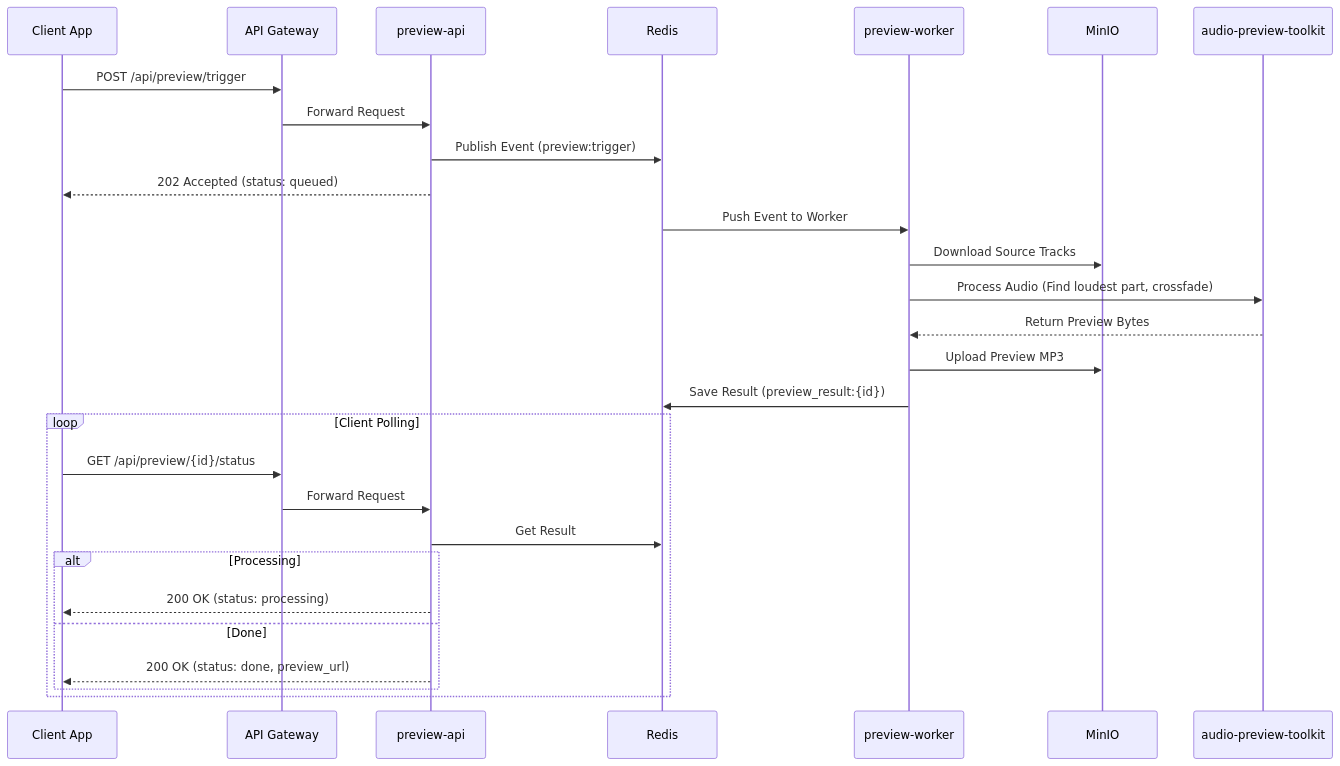
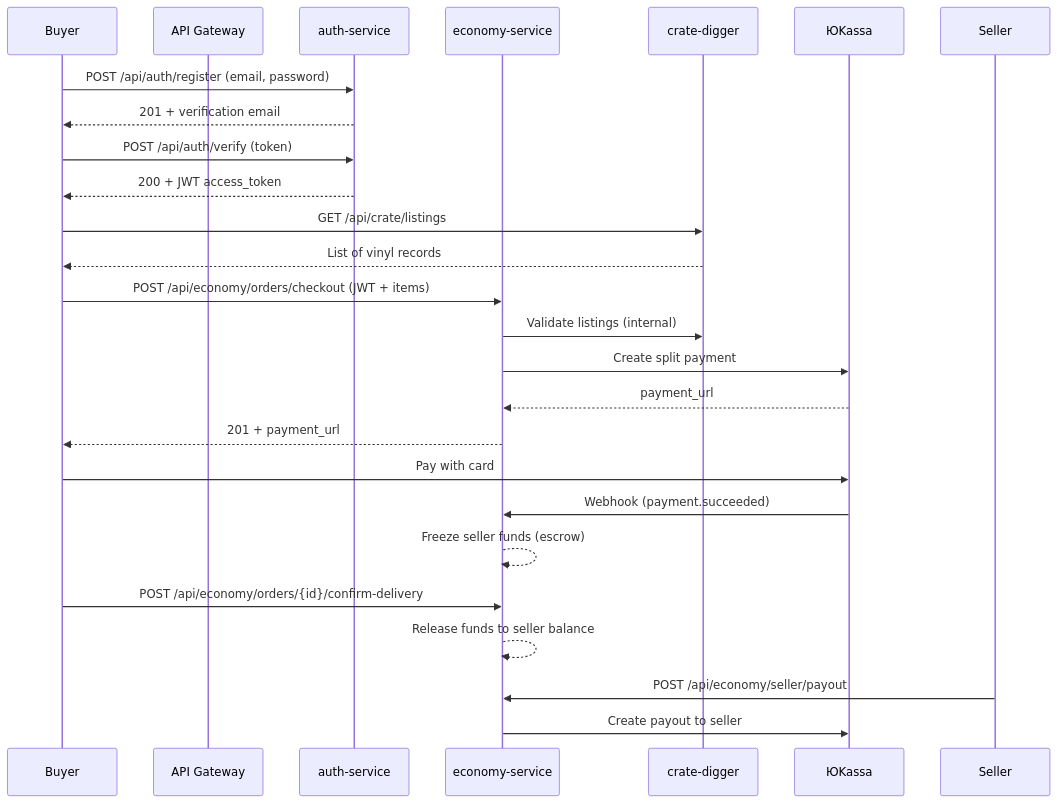
The second of 2 diagrams in README.md (nikiforidi/crate-digger-compose), drawn with Mermaid before and after one commit. The commit also changed other lines of this file and 3 other files, not shown here.

````diff
--- a/README.md
+++ b/README.md
@@ -51,33 +63,34 @@
 ```mermaid
 sequenceDiagram
-    participant C as Client App
+    participant C as Buyer
     participant GW as API Gateway
-    participant PA as preview-api
-    participant R as Redis
-    participant PW as preview-worker
-    participant M as MinIO
-    participant T as audio-preview-toolkit
+    participant AUTH as auth-service
+    participant ECO as economy-service
+    participant CD as crate-digger
+    participant YK as ЮKassa
+    participant S as Seller
 
-    C->>GW: POST /api/preview/trigger
-    GW->>PA: Forward Request
-    PA->>R: Publish Event (preview:trigger)
-    PA-->>C: 202 Accepted (status: queued)
+    C->>AUTH: POST /api/auth/register (email, password)
+    AUTH-->>C: 201 + verification email
+    C->>AUTH: POST /api/auth/verify (token)
+    AUTH-->>C: 200 + JWT access_token
     
-    R->>PW: Push Event to Worker
-    PW->>M: Download Source Tracks
-    PW->>T: Process Audio (Find loudest part, crossfade)
-    T-->>PW: Return Preview Bytes
-    PW->>M: Upload Preview MP3
-    PW->>R: Save Result (preview_result:{id})
+    C->>CD: GET /api/crate/listings
+    CD-->>C: List of vinyl records
     
-    loop Client Polling
-        C->>GW: GET /api/preview/{id}/status
-        GW->>PA: Forward Request
-        PA->>R: Get Result
-        alt Processing
-            PA-->>C: 200 OK (status: processing)
-        else Done
-            PA-->>C: 200 OK (status: done, preview_url)
-        end
-    end
+    C->>ECO: POST /api/economy/orders/checkout (JWT + items)
+    ECO->>CD: Validate listings (internal)
+    ECO->>YK: Create split payment
+    YK-->>ECO: payment_url
+    ECO-->>C: 201 + payment_url
+    
+    C->>YK: Pay with card
+    YK->>ECO: Webhook (payment.succeeded)
+    ECO-->>ECO: Freeze seller funds (escrow)
+    
+    C->>ECO: POST /api/economy/orders/{id}/confirm-delivery
+    ECO-->>ECO: Release funds to seller balance
+    
+    S->>ECO: POST /api/economy/seller/payout
+    ECO->>YK: Create payout to seller
 ```
````
